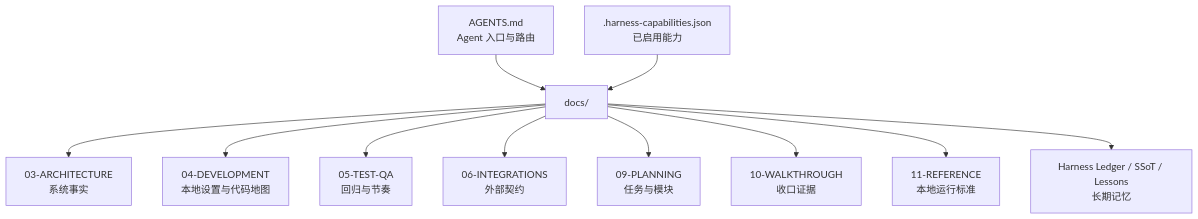
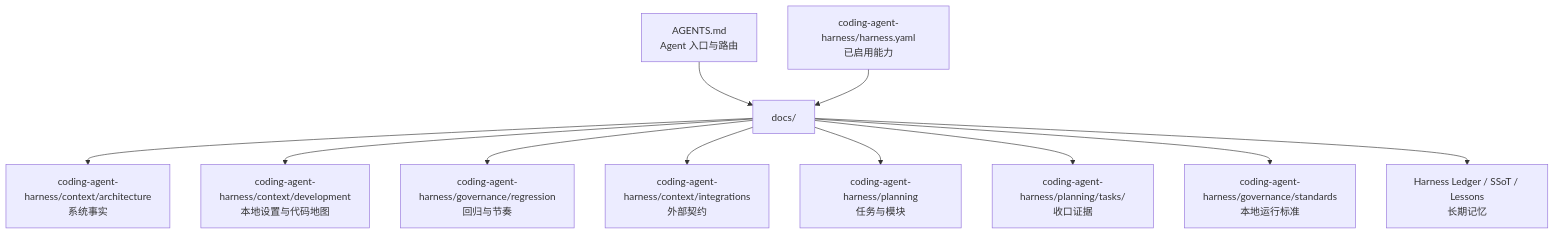
One commit to FairladyZ625/coding-agent-harness changed the third of 11 diagrams in docs-release/architecture/overview.zh-CN.md. Above: the diagram before and after it, drawn with Mermaid. The commit also changed other lines of this file and 120 other files, not shown here.

````diff
--- a/docs-release/architecture/overview.zh-CN.md
+++ b/docs-release/architecture/overview.zh-CN.md
@@ -58,25 +58,25 @@
 ```mermaid
 flowchart TB
   Entry["AGENTS.md<br/>Agent 入口与路由"]
-  Registry[".harness-capabilities.json<br/>已启用能力"]
+  Registry["coding-agent-harness/harness.yaml<br/>已启用能力"]
   Docs["docs/"]
-  Architecture["03-ARCHITECTURE<br/>系统事实"]
-  Development["04-DEVELOPMENT<br/>本地设置与代码地图"]
-  QA["05-TEST-QA<br/>回归与节奏"]
-  Integrations["06-INTEGRATIONS<br/>外部契约"]
-  Planning["09-PLANNING<br/>任务与模块"]
-  Walkthrough["10-WALKTHROUGH<br/>收口证据"]
-  Reference["11-REFERENCE<br/>本地运行标准"]
+  Architecture["coding-agent-harness/context/architecture<br/>系统事实"]
+  Development["coding-agent-harness/context/development<br/>本地设置与代码地图"]
+  QA["coding-agent-harness/governance/regression<br/>回归与节奏"]
+  Integrations["coding-agent-harness/context/integrations<br/>外部契约"]
+  Planning["coding-agent-harness/planning<br/>任务与模块"]
+  Walkthrough["coding-agent-harness/planning/tasks/<task><br/>收口证据"]
+  Reference["coding-agent-harness/governance/standards<br/>本地运行标准"]
   Ledger["Harness Ledger / SSoT / Lessons<br/>长期记忆"]
 
   Entry --> Docs
   Registry --> Docs
   Docs --> Architecture
   Docs --> Development
   Docs --> QA
   Docs --> Integrations
   Docs --> Planning
   Docs --> Walkthrough
   Docs --> Reference
   Docs --> Ledger
 ```
````
